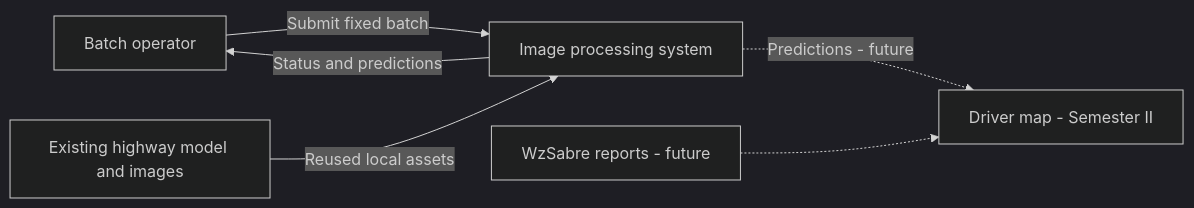
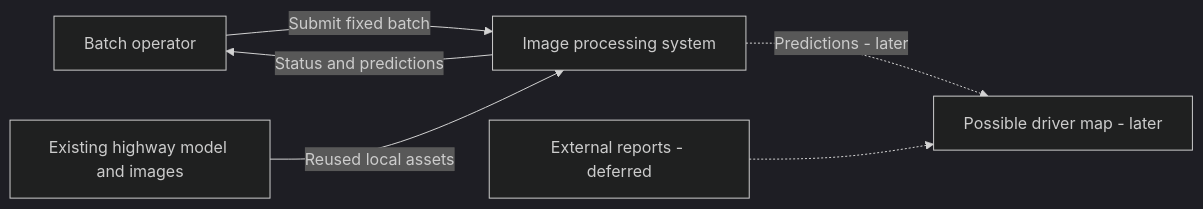
One commit to tanviriss/csc59866-fall2026-senior-project-group changed the first of 2 diagrams in DESIGN.md. Above: the diagram before and after it, drawn with Mermaid (dark theme). The commit also changed other lines of this file, not shown here.

````diff
--- a/DESIGN.md
+++ b/DESIGN.md
@@ -105,8 +106,8 @@
 ```mermaid
 flowchart LR
   O[Batch operator] -->|Submit fixed batch| S[Image processing system]
   S -->|Status and predictions| O
   M[Existing highway model and images] -->|Reused local assets| S
-  W[WzSabre reports - future] -.-> F[Driver map - Semester II]
-  S -.->|Predictions - future| F
+  W[External reports - deferred] -.-> F[Possible driver map - later]
+  S -.->|Predictions - later| F
 ```
````
